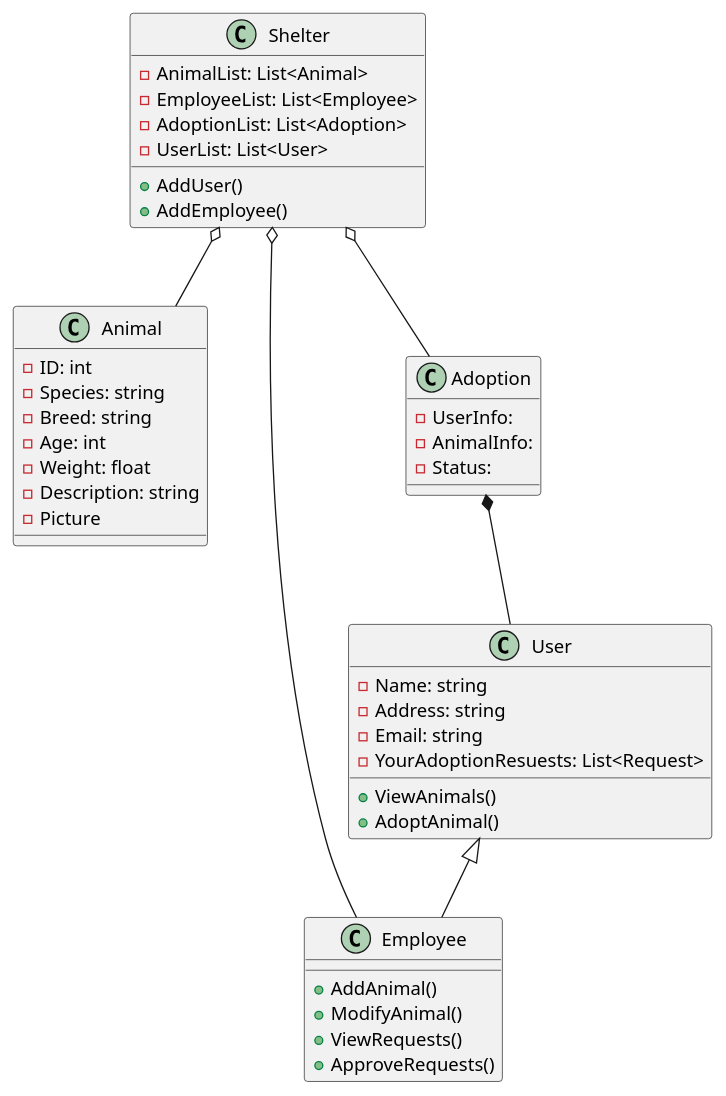
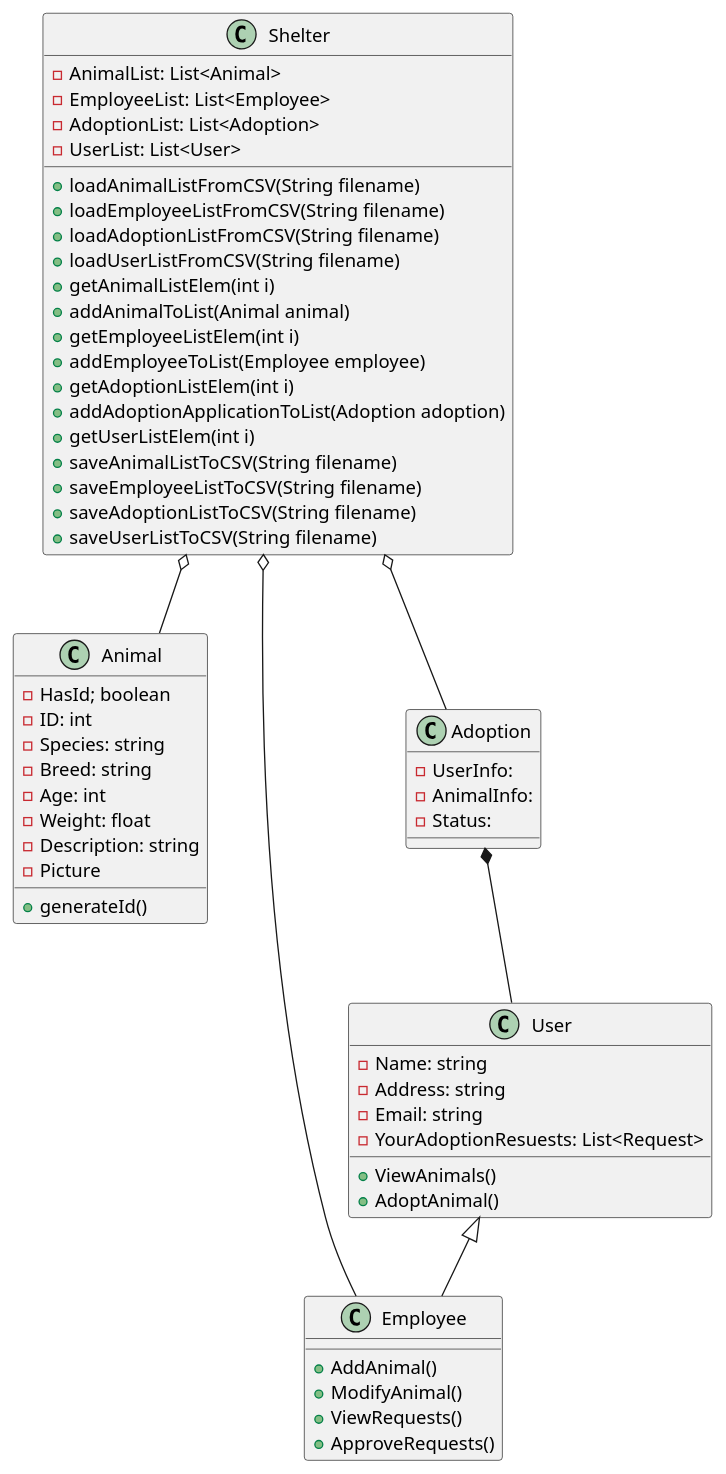
Before and after one commit to Pymek11/SchroniskoJava: the diagram in Docs/DiagramClass.puml, drawn with PlantUML. The commit also changed 5 other files, not shown here.

```diff
--- a/Docs/DiagramClass.puml
+++ b/Docs/DiagramClass.puml
@@ -1,50 +1,67 @@
 @startuml
 class Animal {
+    - HasId; boolean
     - ID: int
     - Species: string
     - Breed: string
     - Age: int
     - Weight: float
     - Description: string
     - Picture
+    +  generateId()
 }
 
 class User {
     - Name: string
     - Address: string
     - Email: string
     - YourAdoptionResuests: List<Request>
     + ViewAnimals()
     + AdoptAnimal()
 }
 
 class Employee {
     + AddAnimal()
     + ModifyAnimal()
     + ViewRequests()
     + ApproveRequests()
 }
 
 class Shelter {
     - AnimalList: List<Animal>
     - EmployeeList: List<Employee>
     - AdoptionList: List<Adoption>
     - UserList: List<User>
-    + AddUser()
-    + AddEmployee()
+    + loadAnimalListFromCSV(String filename)
+    + loadEmployeeListFromCSV(String filename)
+    + loadAdoptionListFromCSV(String filename)
+    + loadUserListFromCSV(String filename)
+    + getAnimalListElem(int i)
+    + addAnimalToList(Animal animal)
+    + getEmployeeListElem(int i)
+    + addEmployeeToList(Employee employee)
+    + getAdoptionListElem(int i)
+    + addAdoptionApplicationToList(Adoption adoption)
+    + getUserListElem(int i)
+    + saveAnimalListToCSV(String filename)
+    + saveEmployeeListToCSV(String filename)
+    + saveAdoptionListToCSV(String filename)
+    + saveUserListToCSV(String filename)
+
+
 }
 
 class Adoption {
     - UserInfo:
     - AnimalInfo:
     - Status:
 }
 
 
 User <|-- Employee
 Shelter o-- Animal
 Shelter o-- Employee
 Shelter o-- Adoption
 Adoption *-- User
 
 @enduml
```
